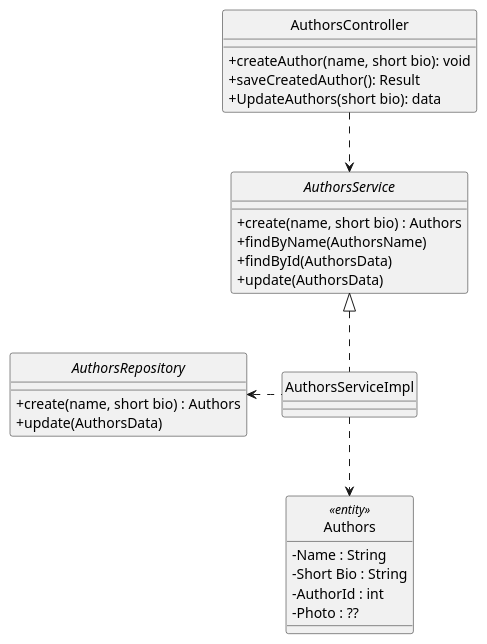
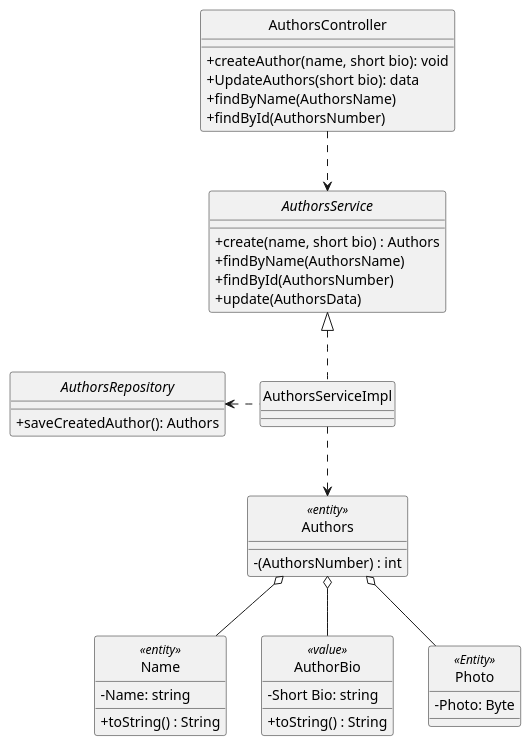
The diagram in Docs/Phase1/WP1A-Authors/ClassDiagram.puml (rutemf/1220944_1220772_G01), drawn with PlantUML before and after one commit. The commit also changed 10 other files, not shown here.

```diff
--- a/Docs/Phase1/WP1A-Authors/ClassDiagram.puml
+++ b/Docs/Phase1/WP1A-Authors/ClassDiagram.puml
@@ -1,37 +1,52 @@
 @startuml
 'https://plantuml.com/class-diagram
 
 skinparam classAttributeIconSize 0
 hide circle
 class Authors <<entity>>{
-    - Name : String
-    - Short Bio : String
-    - AuthorId : int
-    - Photo : ??
+    - (AuthorsNumber) : int
+
+}
+class Name <<entity>>{
+    - Name: string
+    + toString() : String
+}
+
+class AuthorBio <<value>>{
+    - Short Bio: string
+    + toString() : String
+}
+
+class Photo <<Entity>>{
+    - Photo: Byte
 }
 
 class AuthorsController {
     +createAuthor(name, short bio): void
-    +saveCreatedAuthor(): Result
     +UpdateAuthors(short bio): data
+    + findByName(AuthorsName)
+    + findById(AuthorsNumber)
 }
 
 class AuthorsServiceImpl implements AuthorsService{
 }
 
 interface AuthorsService {
     + create(name, short bio) : Authors
     + findByName(AuthorsName)
-    + findById(AuthorsData)
+    + findById(AuthorsNumber)
     + update(AuthorsData)
 }
 
 interface AuthorsRepository {
-    + create(name, short bio) : Authors
-    + update(AuthorsData)
+    +saveCreatedAuthor(): Authors
 }
 
 AuthorsServiceImpl ..> Authors
 AuthorsController ..> AuthorsService
 AuthorsServiceImpl .left.> AuthorsRepository
+
+Authors o-- Name
+Authors o-- Photo
+Authors o-- AuthorBio
 @enduml
```
